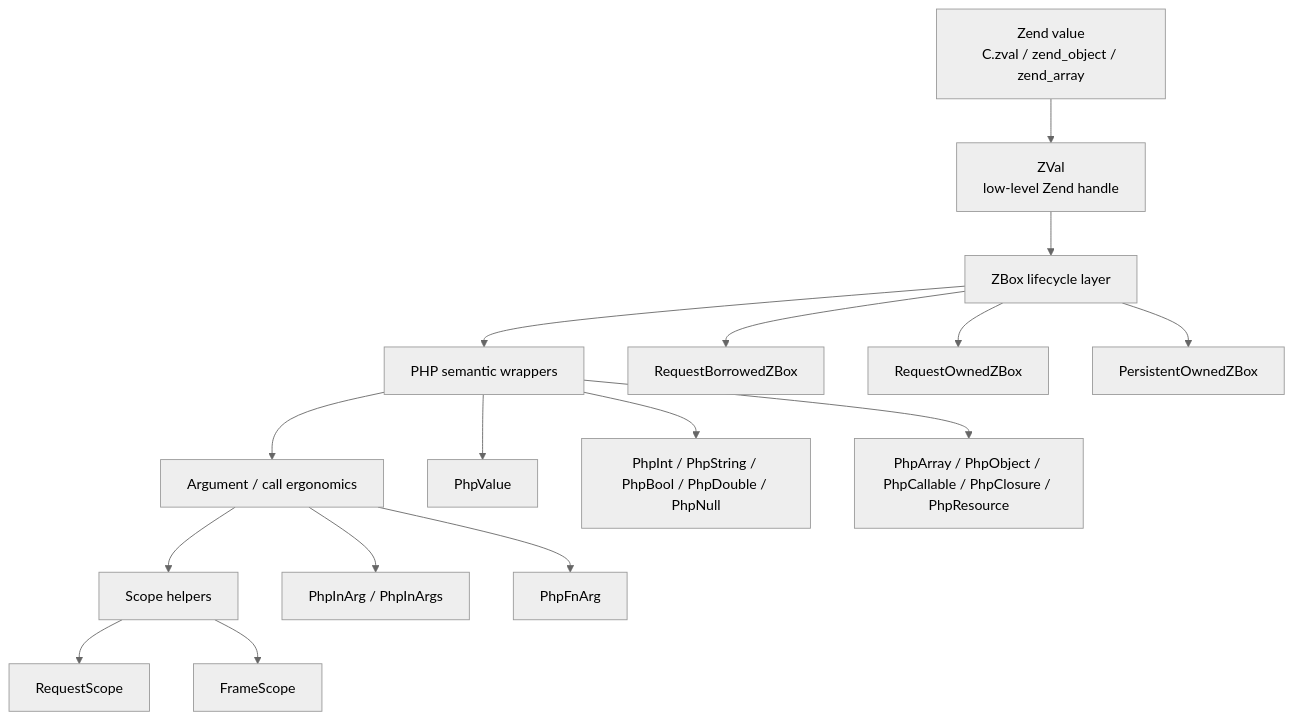
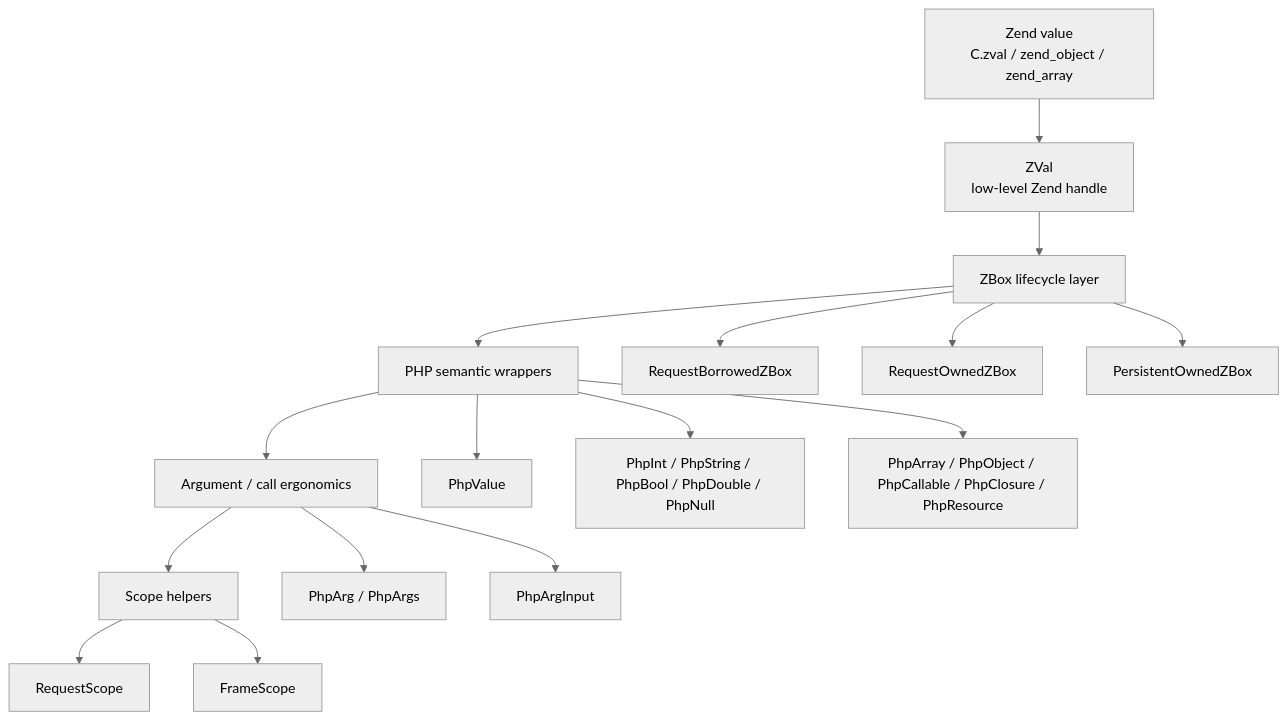
The first of 4 diagrams in vphp/docs/value_layers.md (guweigang/vphpx), drawn with Mermaid (neutral theme) before and after one commit. The commit also changed other lines of this file and 7 other files, not shown here.

````diff
--- a/vphp/docs/value_layers.md
+++ b/vphp/docs/value_layers.md
@@ -18,23 +18,23 @@
 ```mermaid
 flowchart TD
     ZEND["Zend value<br/>C.zval / zend_object / zend_array"] --> ZVAL["ZVal<br/>low-level Zend handle"]
 
     ZVAL --> ZBOX["ZBox lifecycle layer"]
     ZBOX --> SEM["PHP semantic wrappers"]
     SEM --> ARG["Argument / call ergonomics"]
     ARG --> SCOPE["Scope helpers"]
 
     ZBOX --> RB["RequestBorrowedZBox"]
     ZBOX --> RO["RequestOwnedZBox"]
     ZBOX --> PO["PersistentOwnedZBox"]
 
     SEM --> PV["PhpValue"]
     SEM --> PS["PhpInt / PhpString / PhpBool / PhpDouble / PhpNull"]
     SEM --> PC["PhpArray / PhpObject / PhpCallable / PhpClosure / PhpResource"]
 
-    ARG --> IN["PhpInArg / PhpInArgs"]
-    ARG --> FN["PhpFnArg"]
+    ARG --> IN["PhpArg / PhpArgs"]
+    ARG --> FN["PhpArgInput"]
 
     SCOPE --> REQ["RequestScope"]
     SCOPE --> FRAME["FrameScope"]
 ```
````
